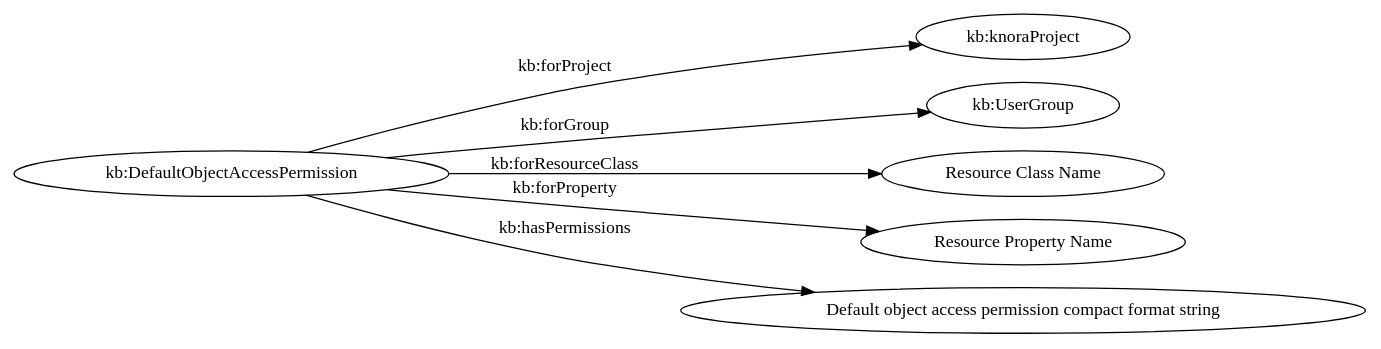
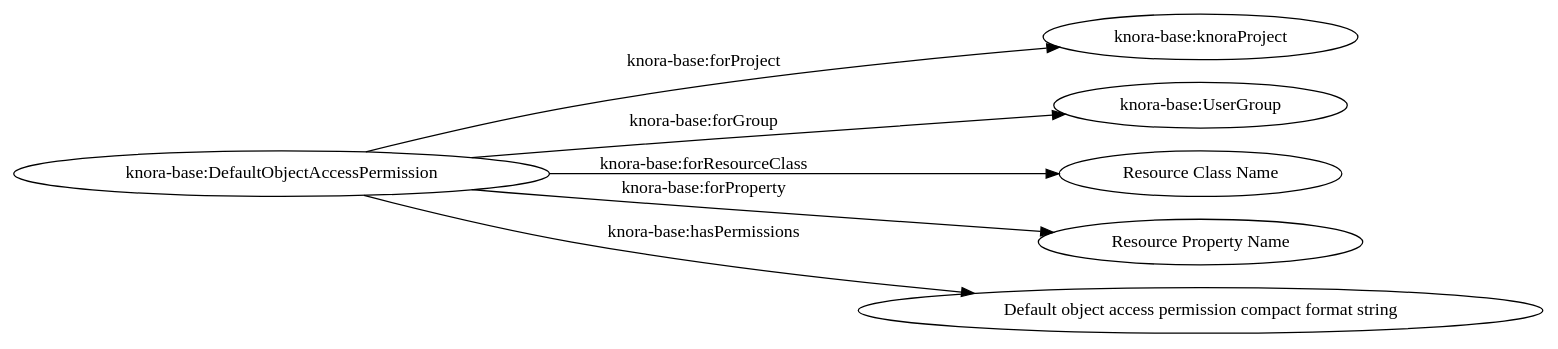
The sixth of 6 diagrams in docs/rst/knora-api-server/design-documentation/administration.rst (dasch-swiss/dsp-api), drawn with Graphviz before and after one commit. The commit also changed other lines of this file and 27 other files, not shown here.

```diff
--- a/docs/rst/knora-api-server/design-documentation/administration.rst
+++ b/docs/rst/knora-api-server/design-documentation/administration.rst
@@ -531,18 +530,18 @@
 .. graphviz::
 
    digraph DefaultObjectAccessPermissions {
      rankdir="LR"
      
-     doap [label="kb:DefaultObjectAccessPermission"]
-     kp [label="kb:knoraProject"]
-     ug [label="kb:UserGroup"]
+     doap [label="knora-base:DefaultObjectAccessPermission"]
+     kp [label="knora-base:knoraProject"]
+     ug [label="knora-base:UserGroup"]
      rc [label="Resource Class Name"]
      pr [label="Resource Property Name"]
      
-     doap -> kp [ label="kb:forProject" ]
-     doap -> ug [ label="kb:forGroup" ]
-     doap -> rc [ label="kb:forResourceClass" ]
-     doap -> pr [ label="kb:forProperty" ]
+     doap -> kp [ label="knora-base:forProject" ]
+     doap -> ug [ label="knora-base:forGroup" ]
+     doap -> rc [ label="knora-base:forResourceClass" ]
+     doap -> pr [ label="knora-base:forProperty" ]
      
-     doap -> "Default object access permission compact format string" [ label="kb:hasPermissions"]
+     doap -> "Default object access permission compact format string" [ label="knora-base:hasPermissions"]
    }
```
